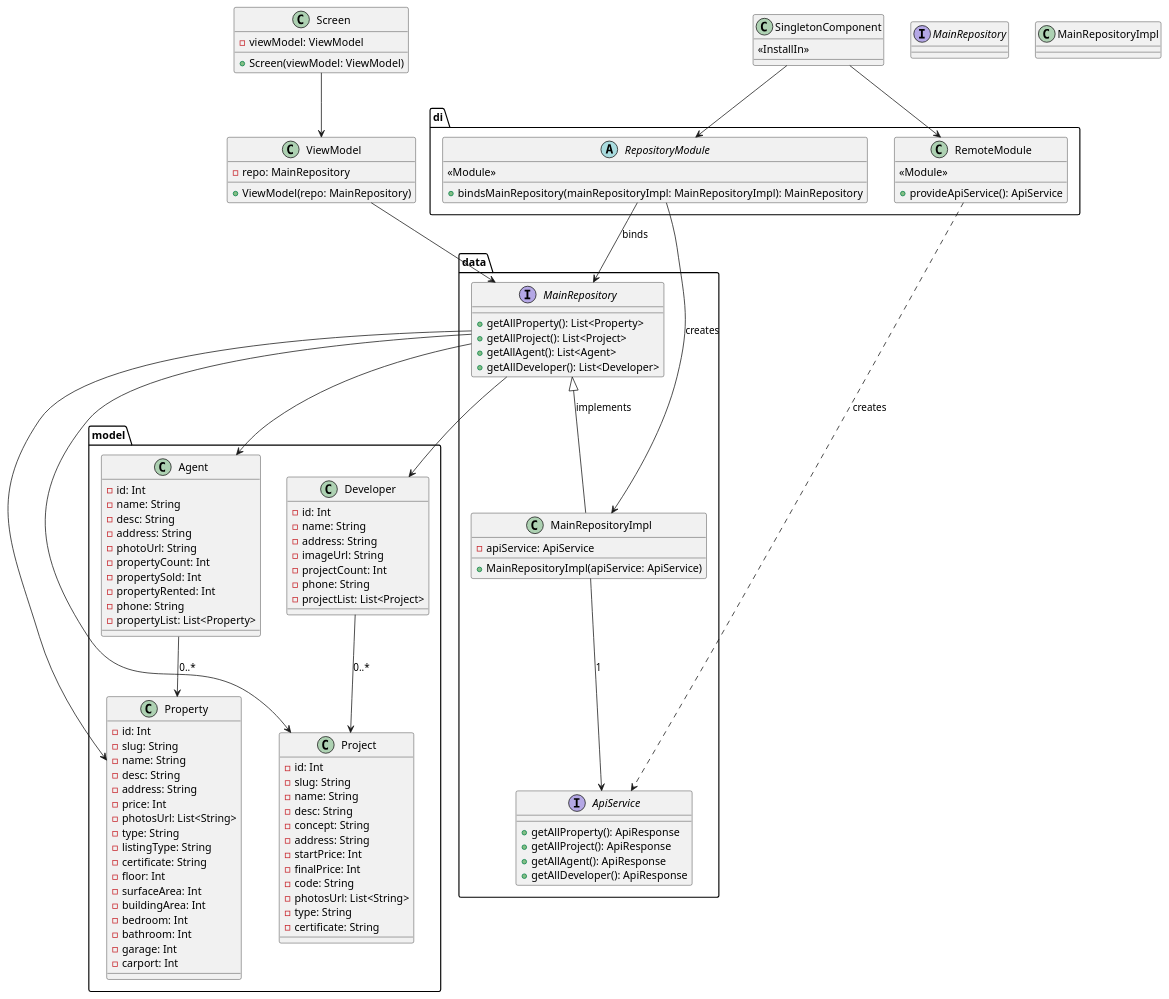
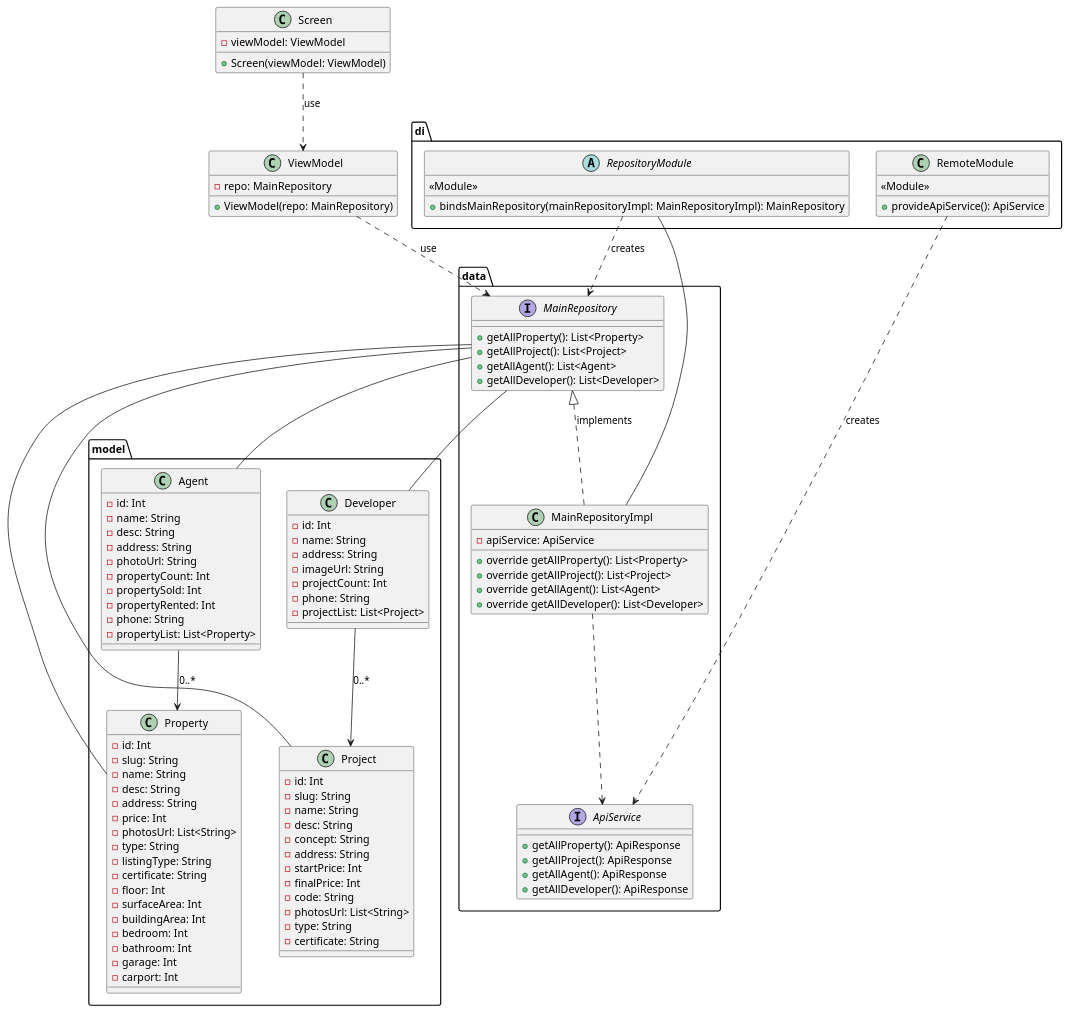
One commit to galihif/Propertio.id changed the diagram in app/src/main/java/com/cinurawa/propertioid/diagram/ClassDiagram.puml. Above: the diagram before and after it, drawn with PlantUML.

Commit message:
revise diagram

```diff
--- a/app/src/main/java/com/cinurawa/propertioid/diagram/ClassDiagram.puml
+++ b/app/src/main/java/com/cinurawa/propertioid/diagram/ClassDiagram.puml
@@ -1,132 +1,124 @@
 @startuml
 'https://plantuml.com/class-diagram
 
 package data {
     interface MainRepository {
      + getAllProperty(): List<Property>
      + getAllProject(): List<Project>
      + getAllAgent(): List<Agent>
      + getAllDeveloper(): List<Developer>
     }
 
     interface ApiService {
         + getAllProperty(): ApiResponse
         + getAllProject(): ApiResponse
         + getAllAgent(): ApiResponse
         + getAllDeveloper(): ApiResponse
     }
 
     class MainRepositoryImpl {
         - apiService: ApiService
-        + MainRepositoryImpl(apiService: ApiService)
+        + override getAllProperty(): List<Property>
+        + override getAllProject(): List<Project>
+        + override getAllAgent(): List<Agent>
+        + override getAllDeveloper(): List<Developer>
     }
 }
 
 class ViewModel {
     - repo: MainRepository
     + ViewModel(repo: MainRepository)
 }
 class Screen {
     - viewModel: ViewModel
     + Screen(viewModel: ViewModel)
 }
 package model {
     class Property{
     - id: Int
         - slug: String
         - name: String
         - desc: String
         - address: String
         - price: Int
         - photosUrl: List<String>
         - type: String
         - listingType: String
         - certificate: String
         - floor: Int
         - surfaceArea: Int
         - buildingArea: Int
         - bedroom: Int
         - bathroom: Int
         - garage: Int
         - carport: Int
 
     }
     class Project {
         - id: Int
         - slug: String
         - name: String
         - desc: String
         - concept: String
         - address: String
         - startPrice: Int
         - finalPrice: Int
         - code: String
         - photosUrl: List<String>
         - type: String
         - certificate: String
     }
 
     class Agent {
         - id: Int
         - name: String
         - desc: String
         - address: String
         - photoUrl: String
         - propertyCount: Int
         - propertySold: Int
         - propertyRented: Int
         - phone: String
         - propertyList: List<Property>
     }
 
     class Developer {
         - id: Int
         - name: String
         - address: String
         - imageUrl: String
         - projectCount: Int
         - phone: String
         - projectList: List<Project>
     }
 }
 package di {
     abstract class RepositoryModule {
         <<Module>>
         + bindsMainRepository(mainRepositoryImpl: MainRepositoryImpl): MainRepository
     }
 
     class RemoteModule {
         <<Module>>
         + provideApiService(): ApiService
     }
 }
 
-class SingletonComponent {
-    <<InstallIn>>
-}
 
-interface MainRepository {
-}
-
-class MainRepositoryImpl {
-}
-
-SingletonComponent --> di.RepositoryModule
-SingletonComponent --> di.RemoteModule
 di.RemoteModule ..> data.ApiService : creates
-di.RepositoryModule --> data.MainRepository : binds
-di.RepositoryModule --> data.MainRepositoryImpl : creates
-data.MainRepository <|-- data.MainRepositoryImpl : implements
+di.RepositoryModule ..> data.MainRepository : creates
+di.RepositoryModule -- data.MainRepositoryImpl
+data.MainRepository <|.. data.MainRepositoryImpl : implements
 
 model.Agent --> model.Property : 0..*
 model.Developer --> model.Project : 0..*
-data.MainRepository --> model.Property
-data.MainRepository --> model.Project
-data.MainRepository --> model.Agent
-data.MainRepository --> model.Developer
-data.MainRepositoryImpl --> data.ApiService : 1
-ViewModel --> data.MainRepository
-Screen --> ViewModel
+data.MainRepository -- model.Property
+data.MainRepository -- model.Project
+data.MainRepository -- model.Agent
+data.MainRepository -- model.Developer
+data.MainRepositoryImpl ..> data.ApiService
+ViewModel ..> data.MainRepository : use
+Screen ..> ViewModel : use
 
 
 @enduml
```
